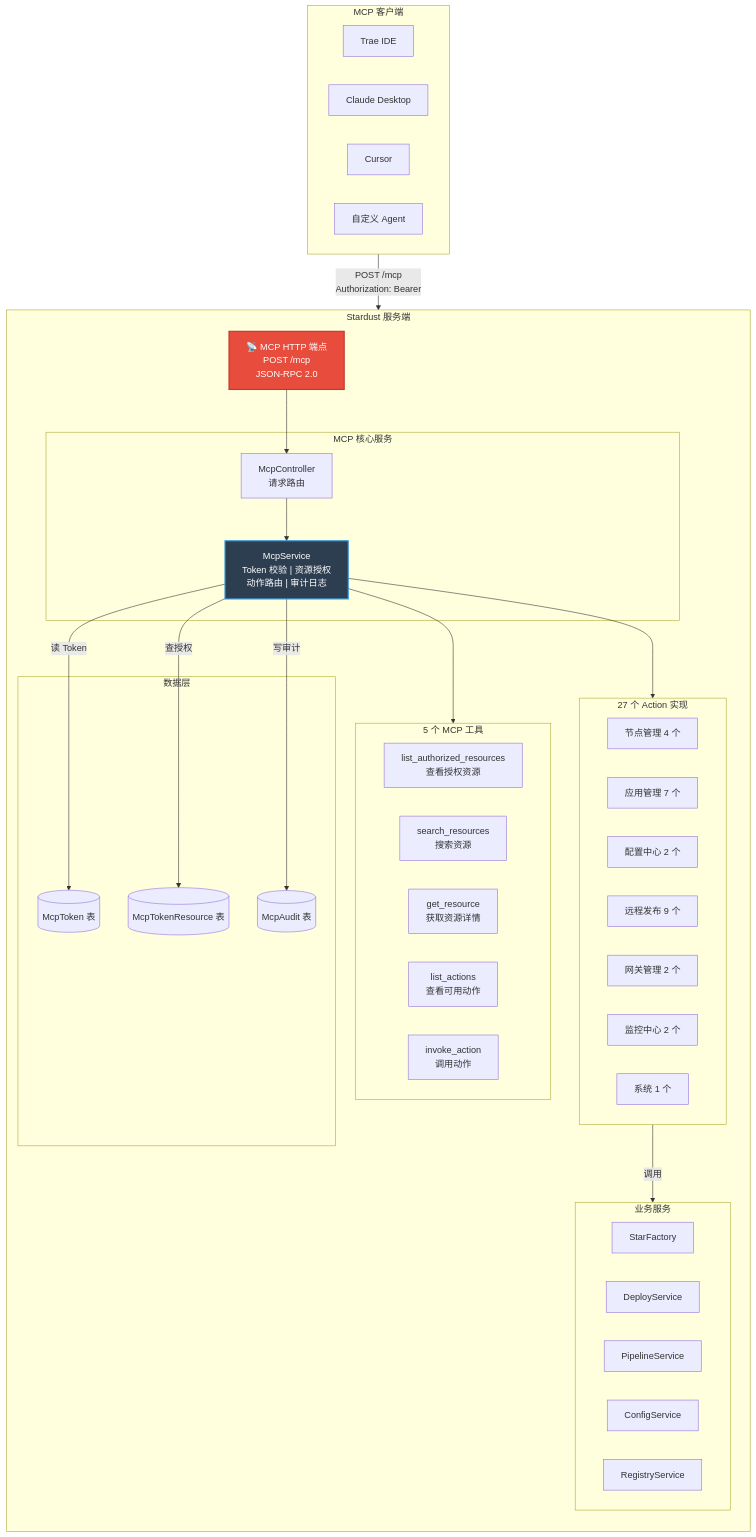
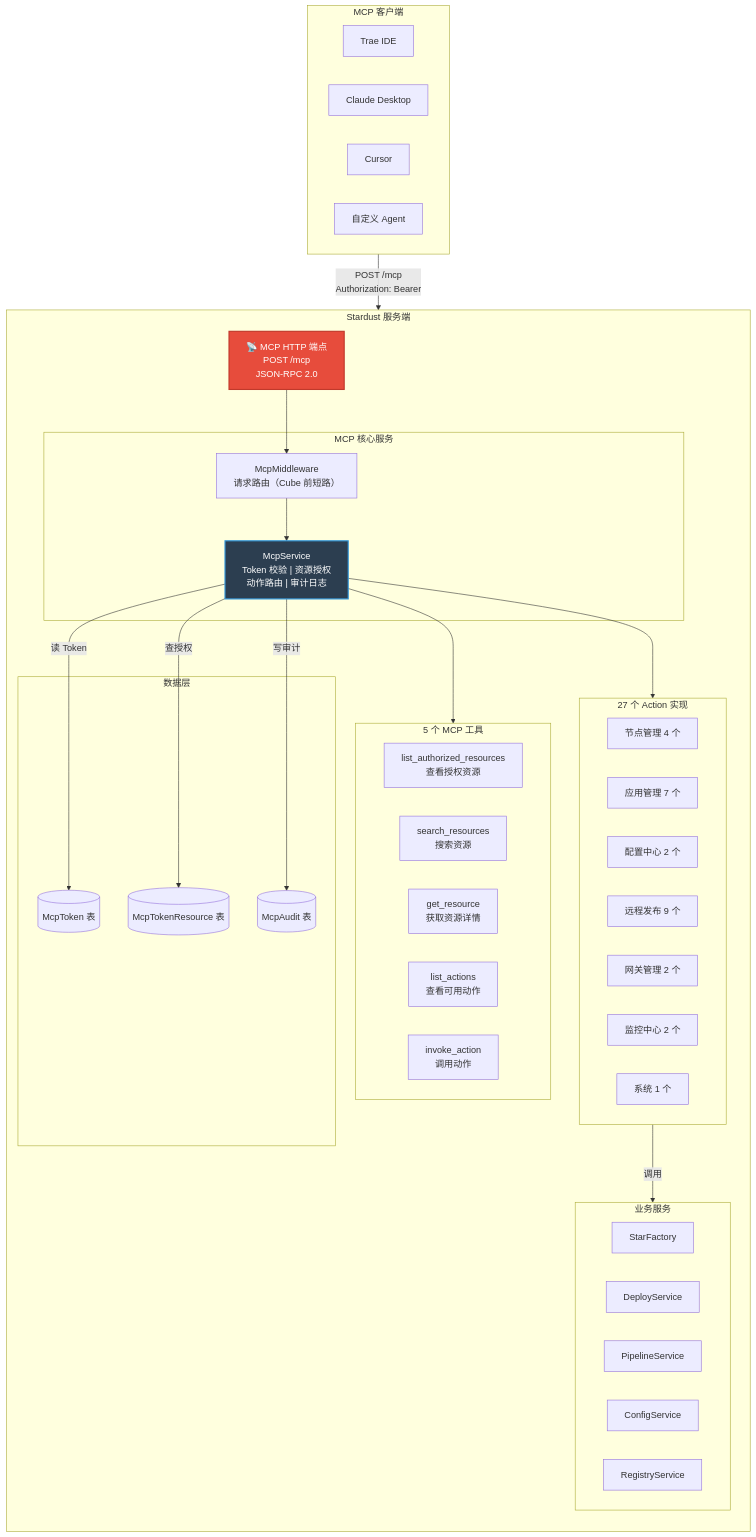
The diagram in Doc/MCP-MCP架构.md (NewLifeX/Stardust), drawn with Mermaid before and after one commit. The commit also changed other lines of this file and 14 other files, not shown here.

````diff
--- a/Doc/MCP-MCP架构.md
+++ b/Doc/MCP-MCP架构.md
@@ -31,65 +31,65 @@
 ```mermaid
 flowchart TD
     subgraph Clients [MCP 客户端]
         Trae[Trae IDE]
         Claude[Claude Desktop]
         Cursor[Cursor]
         Custom[自定义 Agent]
     end
 
     subgraph Stardust [Stardust 服务端]
         direction TB
         
         MCP["📡 MCP HTTP 端点\nPOST /mcp\nJSON-RPC 2.0"]
         
         subgraph Core [MCP 核心服务]
             McpService["McpService\nToken 校验 | 资源授权\n动作路由 | 审计日志"]
-            McpController["McpController\n请求路由"]
+            McpMiddleware["McpMiddleware\n请求路由（Cube 前短路）"]
         end
 
         subgraph Tools [5 个 MCP 工具]
             T1["list_authorized_resources\n查看授权资源"]
             T2["search_resources\n搜索资源"]
             T3["get_resource\n获取资源详情"]
             T4["list_actions\n查看可用动作"]
             T5["invoke_action\n调用动作"]
         end
 
         subgraph Actions [27 个 Action 实现]
             NodeAct["节点管理 4 个"]
             AppAct["应用管理 7 个"]
             ConfigAct["配置中心 2 个"]
             DeployAct["远程发布 9 个"]
             GatewayAct["网关管理 2 个"]
             MonitorAct["监控中心 2 个"]
             SystemAct["系统 1 个"]
         end
 
         subgraph Data [数据层]
             TokenDB[("McpToken 表")]
             ResourceDB[("McpTokenResource 表")]
             AuditDB[("McpAudit 表")]
         end
 
         subgraph Biz [业务服务]
             StarFactory["StarFactory"]
             DeployService["DeployService"]
             PipelineService["PipelineService"]
             ConfigService["ConfigService"]
             RegistryService["RegistryService"]
         end
     end
 
     Clients -->|POST /mcp\nAuthorization: Bearer| MCP
-    MCP --> McpController
-    McpController --> McpService
+    MCP --> McpMiddleware
+    McpMiddleware --> McpService
     McpService --> Tools
     McpService --> Actions
     McpService -->|读 Token| TokenDB
     McpService -->|查授权| ResourceDB
     McpService -->|写审计| AuditDB
     Actions -->|调用| Biz
 
     style MCP fill:#e74c3c,stroke:#c0392b,stroke-width:2px,color:#fff
     style McpService fill:#2c3e50,stroke:#3498db,stroke-width:2px,color:#fff
 ```
````
